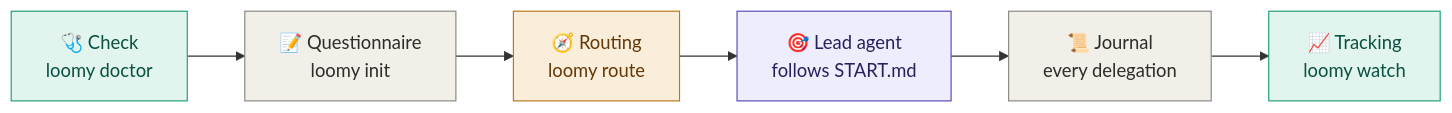
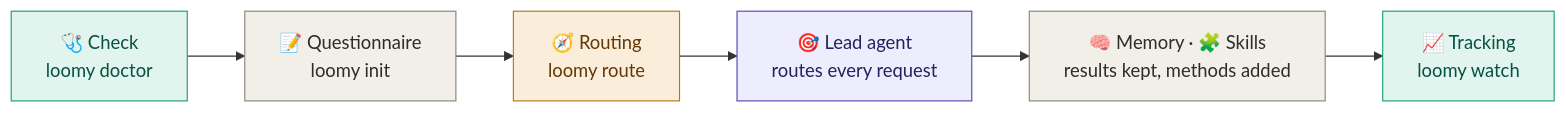
Before and after one commit to Eydenn/loomy: the first of 2 diagrams in README.md, drawn with Mermaid. The commit also changed other lines of this file and 8 other files, not shown here.

````diff
--- a/README.md
+++ b/README.md
@@ -152,12 +164,12 @@
 ```mermaid
 flowchart LR
   A["🩺 Check<br/>loomy doctor"]:::check --> B["📝 Questionnaire<br/>loomy init"]:::step
   B --> C["🧭 Routing<br/>loomy route"]:::route
-  C --> D["🎯 Lead agent<br/>follows START.md"]:::lead
-  D --> E["📜 Journal<br/>every delegation"]:::step
+  C --> D["🎯 Lead agent<br/>routes every request"]:::lead
+  D --> E["🧠 Memory · 🧩 Skills<br/>results kept, methods added"]:::step
   E --> F["📈 Tracking<br/>loomy watch"]:::check
   classDef step fill:#F1EFE8,stroke:#888780,color:#2C2C2A
   classDef check fill:#E1F5EE,stroke:#1D9E75,color:#085041
   classDef route fill:#FAEEDA,stroke:#BA7517,color:#633806
   classDef lead fill:#EEEDFE,stroke:#534AB7,color:#26215C
 ```
````
